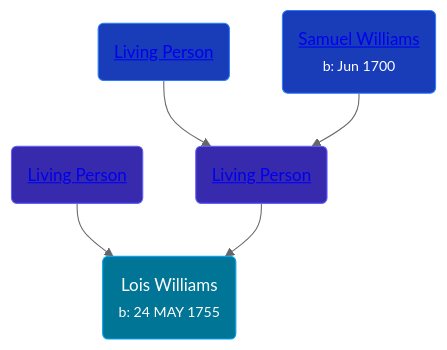
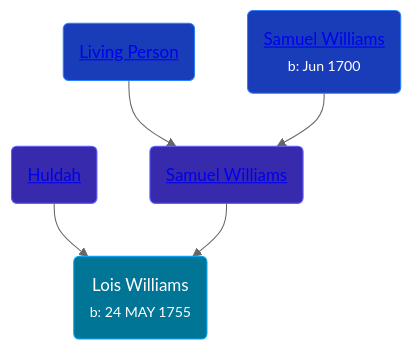
Before and after one commit to wpmgotkh/wpmgotkh.github.io: the diagram in pages/people/1/11658684.md, drawn with Mermaid (neutral theme). The commit also changed other lines of this file and 586 other files, not shown here.

Commit message:
feat: better shouldConsiderPersonLiving algo

````diff
--- a/pages/people/1/11658684.md
+++ b/pages/people/1/11658684.md
@@ -10,11 +10,11 @@
 ```mermaid
 graph
 classDef grands fill:#193cb8,stroke:#2b7fff,stroke-width:1px,color:#fff;
 classDef parents fill:#372aac,stroke:#615fff,stroke-width:1px,color:#fff;
 classDef primary fill:#007595,stroke:#00a6f4,stroke-width:1px,color:#fff;
 11658684(Lois Williams<br /><small>b: 24 MAY 1755</small>):::primary
-62871690(<a class="text-white" href="/people/6/62871690">Living Person</a>):::parents-->11658684
-55971024(<a class="text-white" href="/people/5/55971024">Living Person</a>):::parents-->11658684
+62871690(<a class="text-white" href="/people/6/62871690">Huldah </a>):::parents-->11658684
+55971024(<a class="text-white" href="/people/5/55971024">Samuel Williams</a>):::parents-->11658684
 27215076(<a class="text-white" href="/people/2/27215076">Living Person</a>):::grands-->55971024
 90108080(<a class="text-white" href="/people/9/90108080">Samuel Williams</a><br /><small>b: Jun 1700</small>):::grands-->55971024
 ```
````
